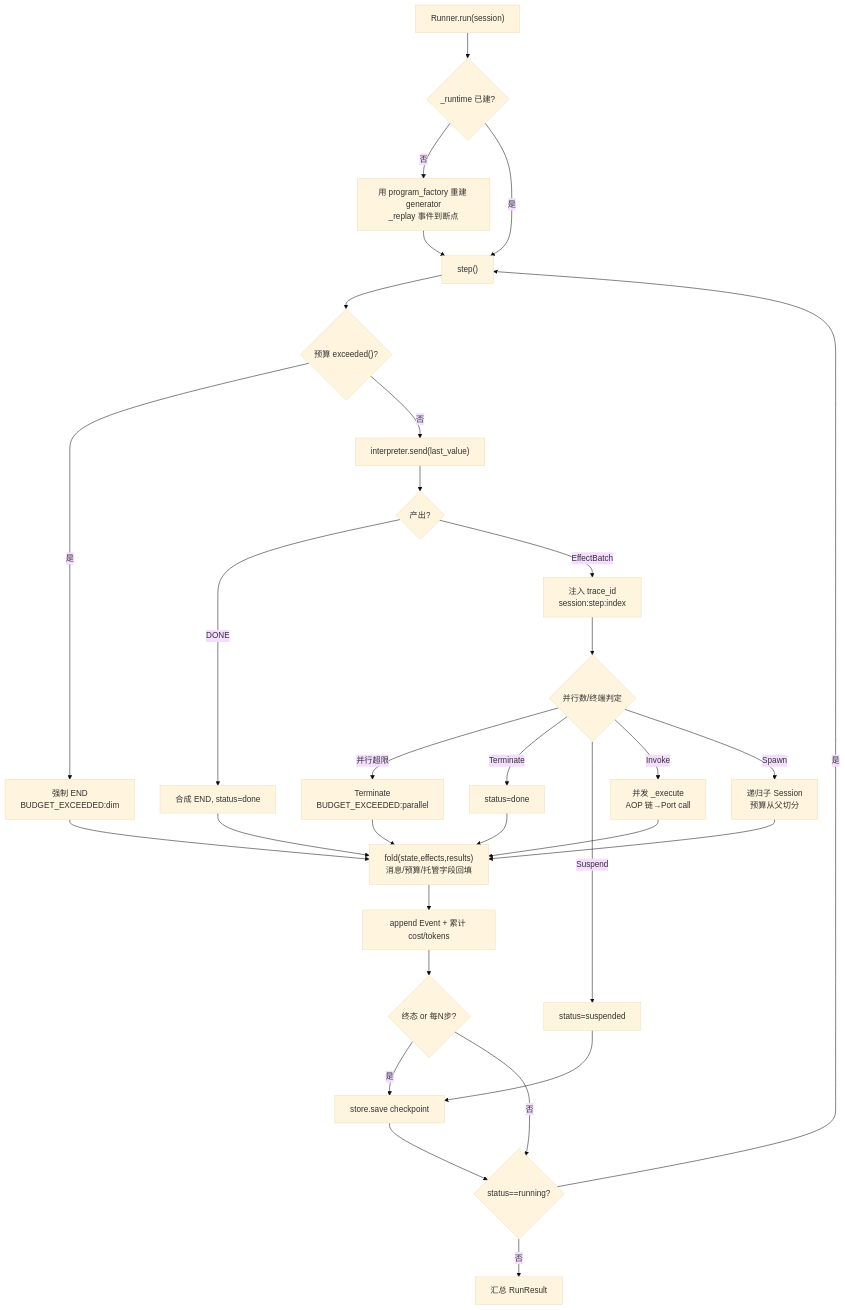
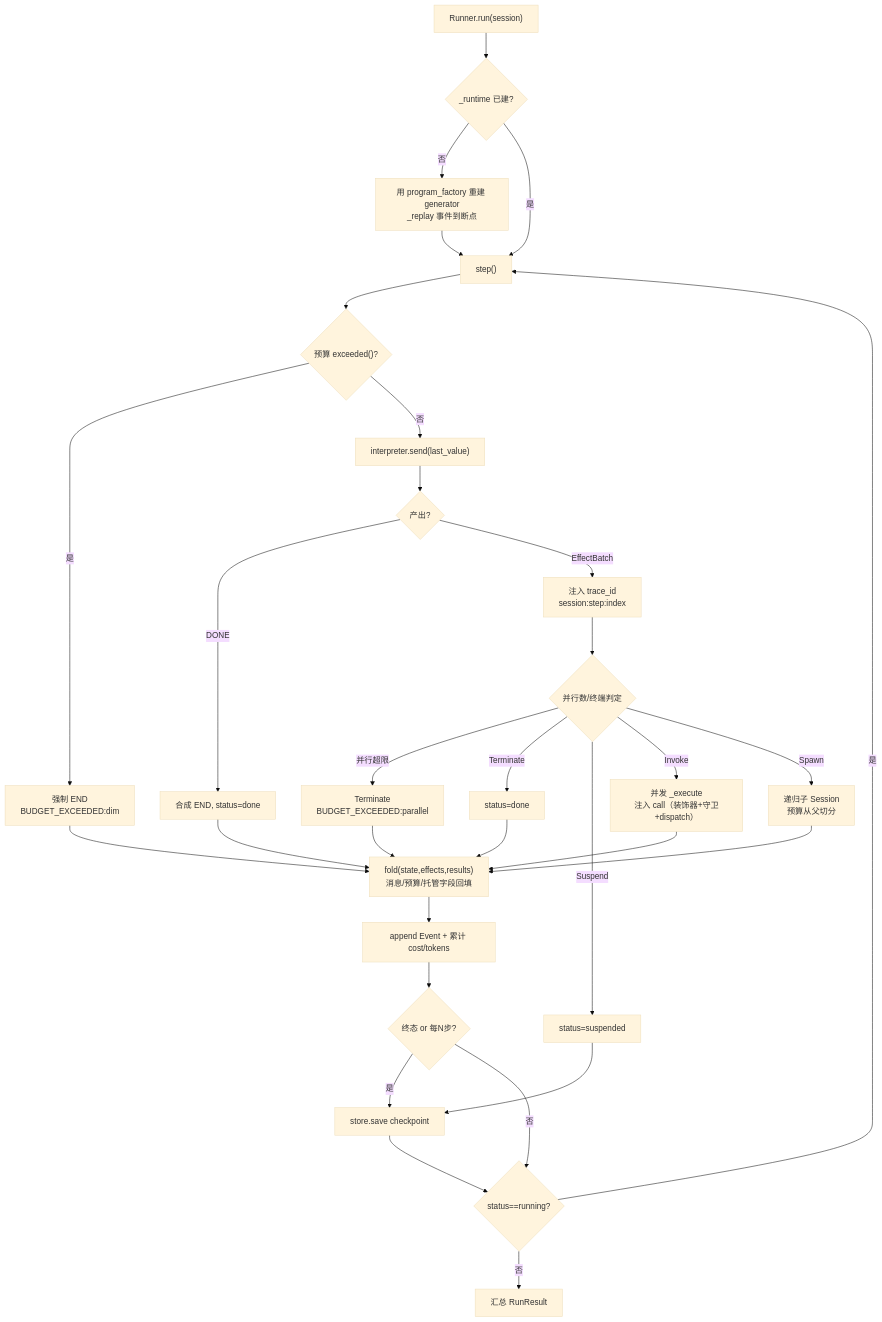
The third of 13 diagrams in docs/01-总览与设计/AGENT-总设计.md (sao-lang/lll), drawn with Mermaid (base theme) before and after one commit. The commit also changed other lines of this file and 159 other files, not shown here.

````diff
--- a/docs/01-总览与设计/AGENT-总设计.md
+++ b/docs/01-总览与设计/AGENT-总设计.md
@@ -370,33 +412,33 @@
 ```mermaid
 flowchart TD
     A["Runner.run(session)"] --> B{"_runtime 已建?"}
     B -->|否| C["用 program_factory 重建 generator<br/>_replay 事件到断点"]
     B -->|是| D["step()"]
     C --> D
     D --> BC{"预算 exceeded()?"}
     BC -->|是| END1["强制 END<br/>BUDGET_EXCEEDED:dim"]
     BC -->|否| DR["interpreter.send(last_value)"]
     DR --> DD{"产出?"}
     DD -->|DONE| END2["合成 END, status=done"]
     DD -->|EffectBatch| TID["注入 trace_id<br/>session:step:index"]
     TID --> PC{"并行数/终端判定"}
     PC -->|并行超限| END3["Terminate<br/>BUDGET_EXCEEDED:parallel"]
     PC -->|Terminate| END4["status=done"]
     PC -->|Suspend| SUSP["status=suspended"]
-    PC -->|Invoke| EX["并发 _execute<br/>AOP 链→Port call"]
+    PC -->|Invoke| EX["并发 _execute<br/>注入 call（装饰器+守卫+dispatch）"]
     PC -->|Spawn| SP["递归子 Session<br/>预算从父切分"]
     SP --> FOLD
     EX --> FOLD["fold(state,effects,results)<br/>消息/预算/托管字段回填"]
     FOLD --> EVT["append Event + 累计 cost/tokens"]
     EVT --> CK{"终态 or 每N步?"}
     CK -->|是| SV["store.save checkpoint"]
     CK -->|否| LOOP
     SV --> LOOP{"status==running?"}
     SUSP --> SV
     END1 --> FOLD
     END2 --> FOLD
     END3 --> FOLD
     END4 --> FOLD
     LOOP -->|是| D
     LOOP -->|否| RES["汇总 RunResult"]
 ```
````
